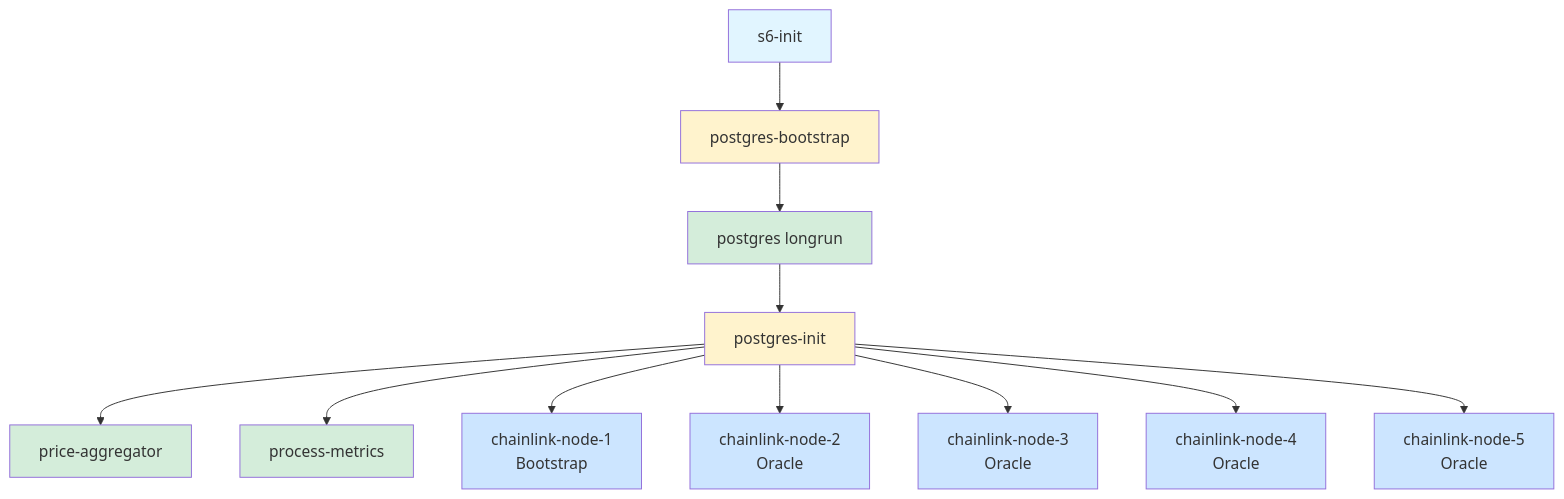
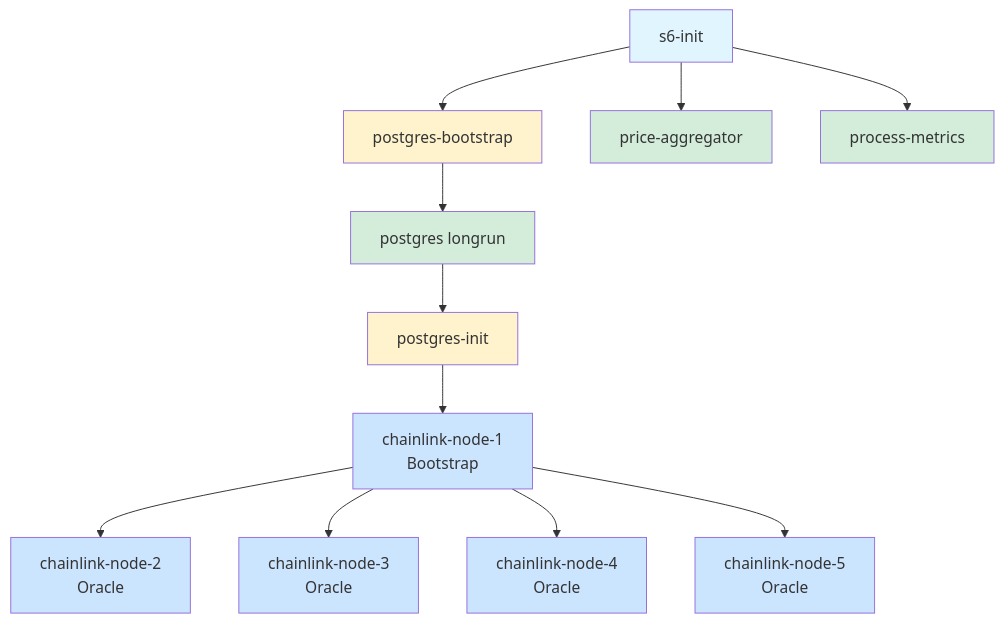
Before and after one commit to Super-Protocol/chainlink: the diagram in docs/charts/03-service-dependency.mmd, drawn with Mermaid. The commit also changed 11 other files, not shown here.

```diff
--- a/docs/charts/03-service-dependency.mmd
+++ b/docs/charts/03-service-dependency.mmd
@@ -1,23 +1,23 @@
 graph TD
-    A[s6-init] --> B[postgres-bootstrap]
-    B --> C[postgres longrun]
-    C --> D[postgres-init]
-    D --> E[price-aggregator]
-    D --> F[process-metrics]
-    D --> G[chainlink-node-1<br/>Bootstrap]
-    D --> H[chainlink-node-2<br/>Oracle]
-    D --> I[chainlink-node-3<br/>Oracle]
-    D --> J[chainlink-node-4<br/>Oracle]
-    D --> K[chainlink-node-5<br/>Oracle]
+  A[s6-init] --> B[postgres-bootstrap]
+  B --> C[postgres longrun]
+  C --> D[postgres-init]
+  A --> E[price-aggregator]
+  A --> F[process-metrics]
+  D --> G[chainlink-node-1<br/>Bootstrap]
+  G --> H[chainlink-node-2<br/>Oracle]
+  G --> I[chainlink-node-3<br/>Oracle]
+  G --> J[chainlink-node-4<br/>Oracle]
+  G --> K[chainlink-node-5<br/>Oracle]
 
-    style A fill:#e1f5ff
-    style B fill:#fff3cd
-    style C fill:#d4edda
-    style D fill:#fff3cd
-    style E fill:#d4edda
-    style F fill:#d4edda
-    style G fill:#cce5ff
-    style H fill:#cce5ff
-    style I fill:#cce5ff
-    style J fill:#cce5ff
-    style K fill:#cce5ff
+  style A fill:#e1f5ff
+  style B fill:#fff3cd
+  style C fill:#d4edda
+  style D fill:#fff3cd
+  style E fill:#d4edda
+  style F fill:#d4edda
+  style G fill:#cce5ff
+  style H fill:#cce5ff
+  style I fill:#cce5ff
+  style J fill:#cce5ff
+  style K fill:#cce5ff
```
